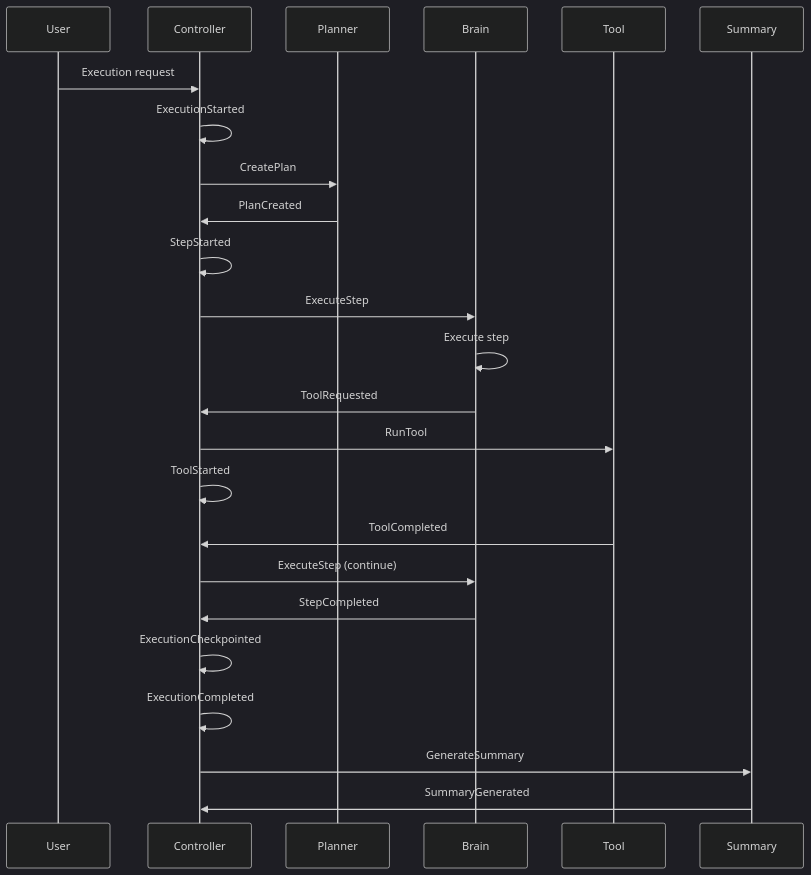
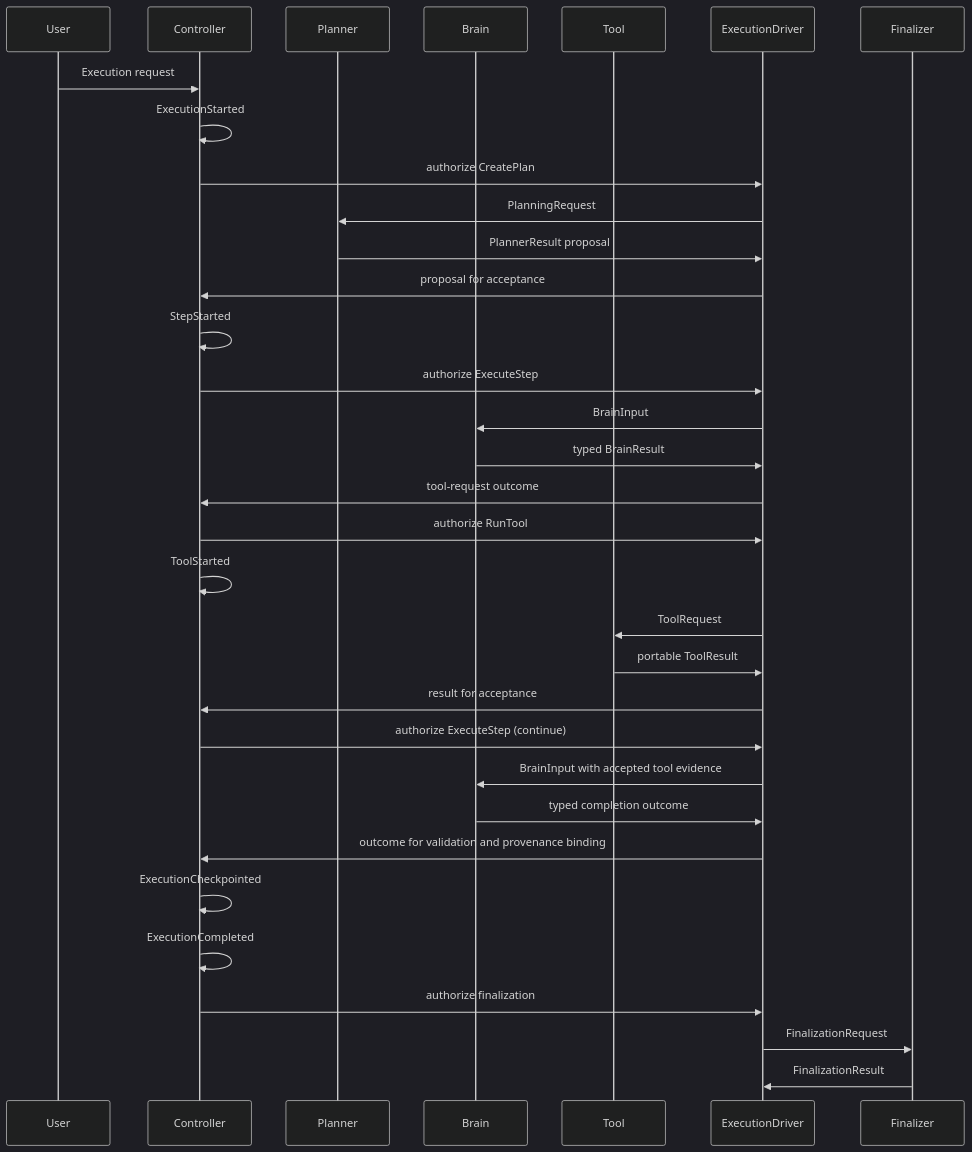
One commit to canoz85/cortex-node changed the diagram in docs/protocol/CEP-002-execution-lifecycle.md. Above: the diagram before and after it, drawn with Mermaid (dark theme). The commit also changed other lines of this file and 13 other files, not shown here.

Commit message:
roadmapmigration(phase 7): reconcile protocol and architecture documentation

````diff
--- a/docs/protocol/CEP-002-execution-lifecycle.md
+++ b/docs/protocol/CEP-002-execution-lifecycle.md
@@ -14,27 +14,36 @@
 ```mermaid
 sequenceDiagram
     participant U as User
     participant C as Controller
     participant P as Planner
     participant B as Brain
     participant T as Tool
-    participant S as Summary
+    participant D as ExecutionDriver
+    participant F as Finalizer
 
     U->>C: Execution request
     C->>C: ExecutionStarted
-    C->>P: CreatePlan
-    P->>C: PlanCreated
+    C->>D: authorize CreatePlan
+    D->>P: PlanningRequest
+    P->>D: PlannerResult proposal
+    D->>C: proposal for acceptance
     C->>C: StepStarted
-    C->>B: ExecuteStep
-    B->>B: Execute step
-    B->>C: ToolRequested
-    C->>T: RunTool
+    C->>D: authorize ExecuteStep
+    D->>B: BrainInput
+    B->>D: typed BrainResult
+    D->>C: tool-request outcome
+    C->>D: authorize RunTool
     C->>C: ToolStarted
-    T->>C: ToolCompleted
-    C->>B: ExecuteStep (continue)
-    B->>C: StepCompleted
+    D->>T: ToolRequest
+    T->>D: portable ToolResult
+    D->>C: result for acceptance
+    C->>D: authorize ExecuteStep (continue)
+    D->>B: BrainInput with accepted tool evidence
+    B->>D: typed completion outcome
+    D->>C: outcome for validation and provenance binding
     C->>C: ExecutionCheckpointed
     C->>C: ExecutionCompleted
-    C->>S: GenerateSummary
-    S->>C: SummaryGenerated
+    C->>D: authorize finalization
+    D->>F: FinalizationRequest
+    F->>D: FinalizationResult
 ```
````
